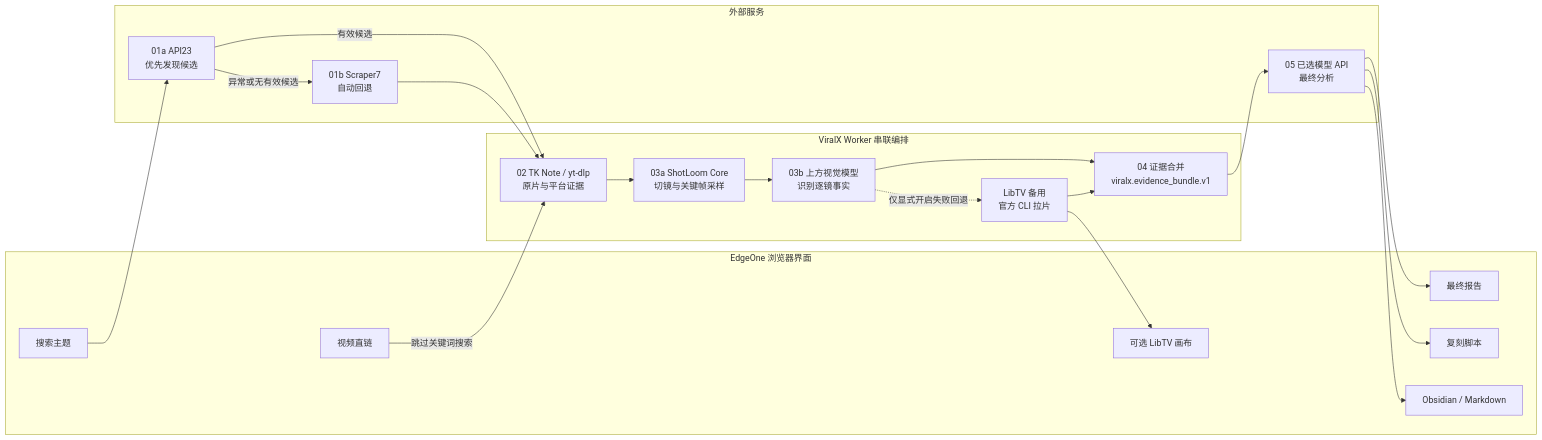
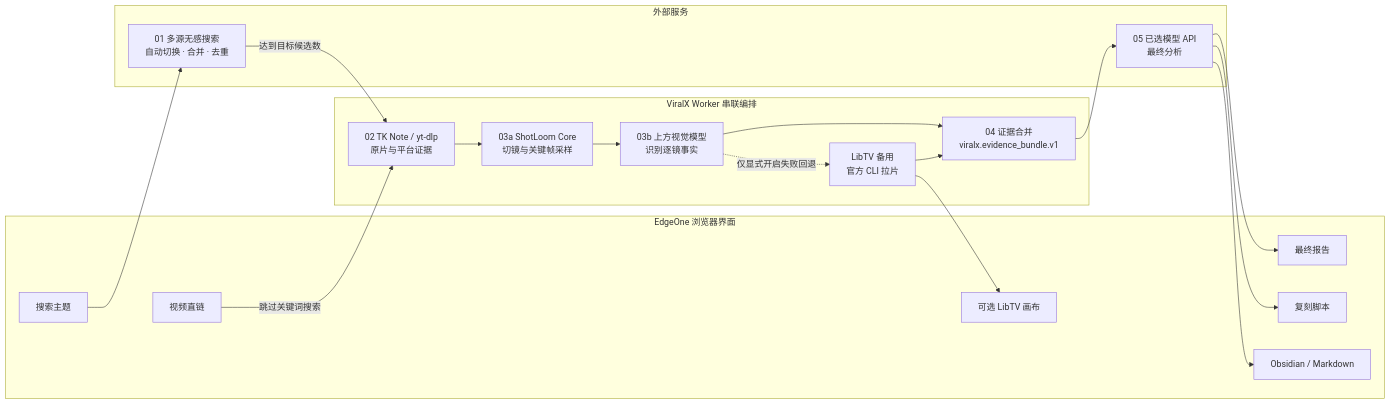
Before and after one commit to chongchonghaoman/ViralX: the diagram in docs/assets/viralx-workflow.mmd, drawn with Mermaid. The commit also changed 26 other files, not shown here.

```diff
--- a/docs/assets/viralx-workflow.mmd
+++ b/docs/assets/viralx-workflow.mmd
@@ -1,39 +1,36 @@
 flowchart LR
-    K[搜索主题] --> A[01a API23<br/>优先发现候选]
-    A -->|有效候选| T[02 TK Note / yt-dlp<br/>原片与平台证据]
-    A -->|异常或无有效候选| S[01b Scraper7<br/>自动回退]
-    S --> T
+    K[搜索主题] --> A[01 多源无感搜索<br/>自动切换 · 合并 · 去重]
+    A -->|达到目标候选数| T[02 TK Note / yt-dlp<br/>原片与平台证据]
     U[视频直链] -->|跳过关键词搜索| T
     T --> F[03a ShotLoom Core<br/>切镜与关键帧采样]
     F --> V[03b 上方视觉模型<br/>识别逐镜事实]
     V -. 仅显式开启失败回退 .-> L[LibTV 备用<br/>官方 CLI 拉片]
     V --> E[04 证据合并<br/>viralx.evidence_bundle.v1]
     L --> E
     E --> M[05 已选模型 API<br/>最终分析]
     M --> R[最终报告]
     M --> P[复刻脚本]
     M --> O[Obsidian / Markdown]
     L --> C[可选 LibTV 画布]
 
     subgraph Browser[EdgeOne 浏览器界面]
         K
         U
         R
         P
         O
         C
     end
 
     subgraph Worker[ViralX Worker 串联编排]
         T
         F
         V
         L
         E
     end
 
     subgraph Services[外部服务]
         A
-        S
         M
     end
```
